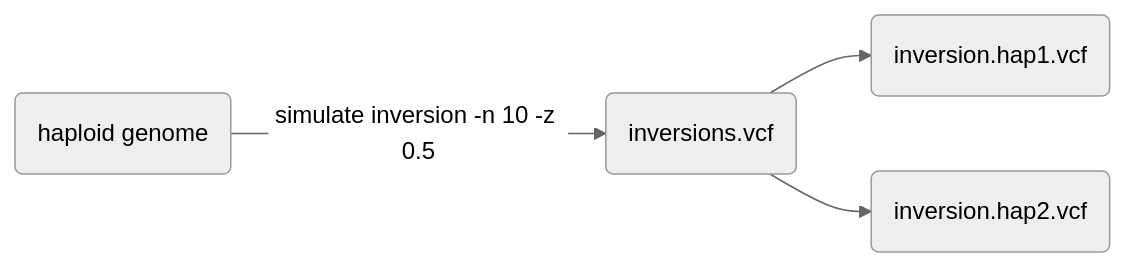
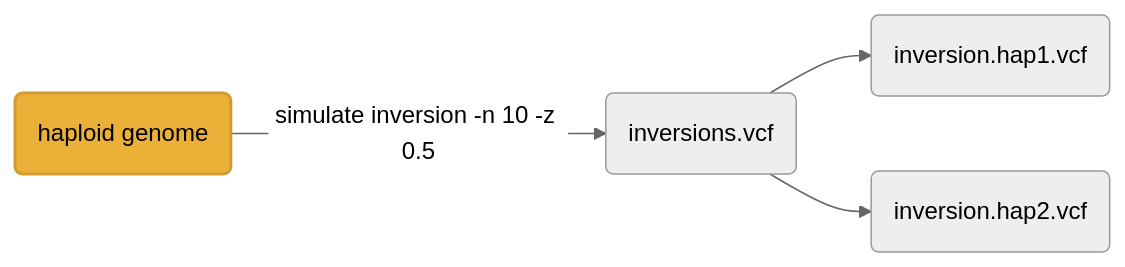
Before and after one commit to pdimens/harpy: the first of 6 diagrams in Modules/Simulate/simulate-variants.md, drawn with Mermaid (neutral theme). The commit also changed other lines of this file, not shown here.

````diff
--- a/Modules/Simulate/simulate-variants.md
+++ b/Modules/Simulate/simulate-variants.md
@@ -215,6 +217,7 @@
 ```mermaid
 graph LR
     geno(haploid genome)-->|simulate inversion -n 10 -z 0.5|hap(inversions.vcf)
     hap-->hap1(inversion.hap1.vcf)
     hap-->hap2(inversion.hap2.vcf)
+    style geno fill:#ebb038,stroke:#d19b2f,stroke-width:2px
 ```
````
